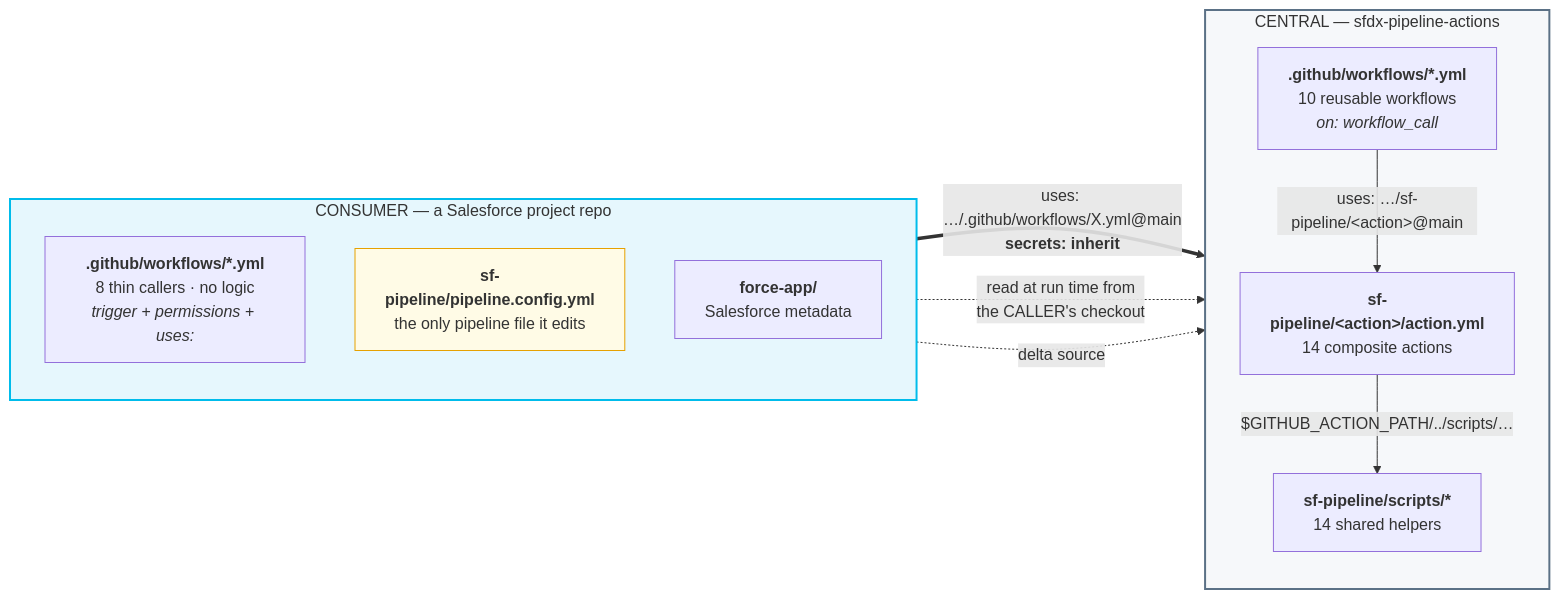
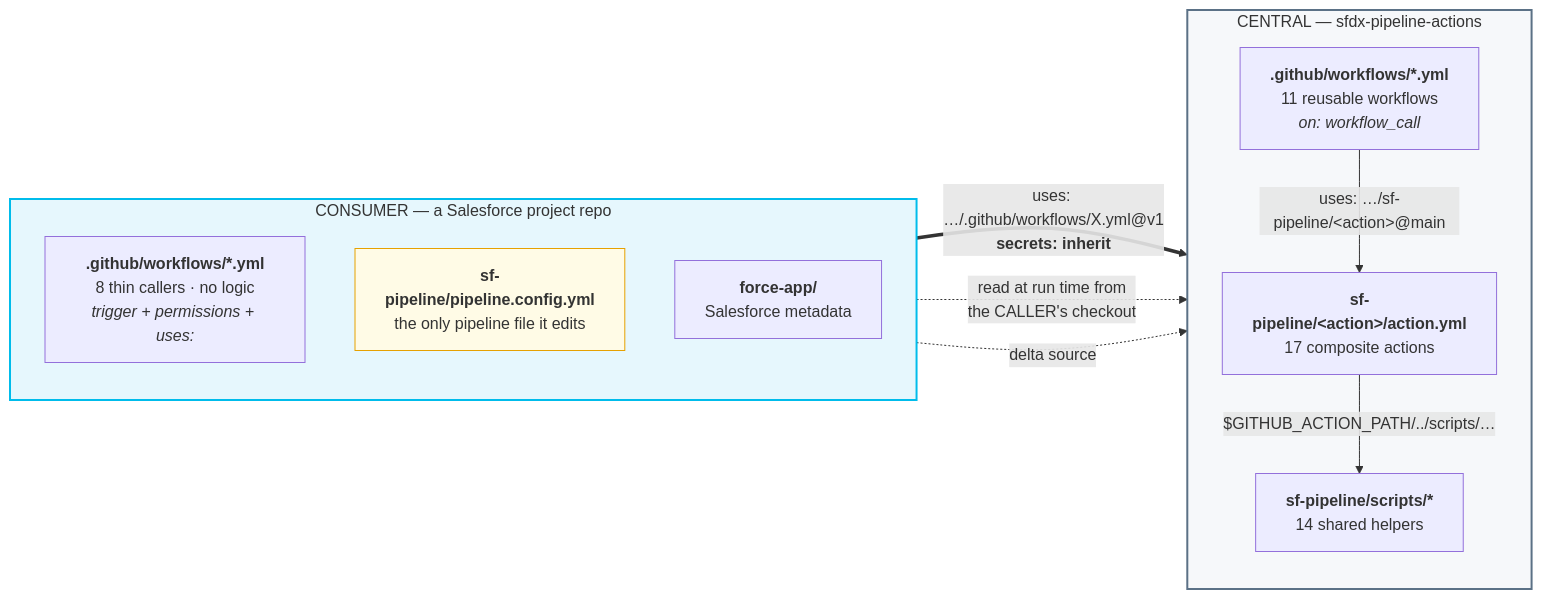
Before and after one commit to muraliseelam/sfdx-pipeline-actions: the first of 10 diagrams in docs/Product_Documentation.md, drawn with Mermaid. The commit also changed other lines of this file and 27 other files, not shown here.

````diff
--- a/docs/Product_Documentation.md
+++ b/docs/Product_Documentation.md
@@ -86,26 +86,26 @@
 ```mermaid
 flowchart LR
     subgraph CONS["CONSUMER — a Salesforce project repo"]
         direction TB
         CW["<b>.github/workflows/*.yml</b><br/>8 thin callers · no logic<br/><i>trigger + permissions + uses:</i>"]
         CFG["<b>sf-pipeline/pipeline.config.yml</b><br/>the only pipeline file it edits"]
         SRC["<b>force-app/</b><br/>Salesforce metadata"]
     end
 
     subgraph CENT["CENTRAL — sfdx-pipeline-actions"]
         direction TB
-        RW["<b>.github/workflows/*.yml</b><br/>10 reusable workflows<br/><i>on: workflow_call</i>"]
-        CA["<b>sf-pipeline/&lt;action&gt;/action.yml</b><br/>14 composite actions"]
+        RW["<b>.github/workflows/*.yml</b><br/>11 reusable workflows<br/><i>on: workflow_call</i>"]
+        CA["<b>sf-pipeline/&lt;action&gt;/action.yml</b><br/>17 composite actions"]
         SC["<b>sf-pipeline/scripts/*</b><br/>14 shared helpers"]
         RW -->|"uses: …/sf-pipeline/&lt;action&gt;@main"| CA
         CA -->|"$GITHUB_ACTION_PATH/../scripts/…"| SC
     end
 
-    CW ==>|"uses: …/.github/workflows/X.yml@main<br/><b>secrets: inherit</b>"| RW
+    CW ==>|"uses: …/.github/workflows/X.yml@v1<br/><b>secrets: inherit</b>"| RW
     CFG -.->|"read at run time from<br/>the CALLER's checkout"| CA
     SRC -.->|"delta source"| CA
 
     style CONS fill:#E6F7FD,stroke:#00BCEB,stroke-width:2px
     style CENT fill:#f6f8fa,stroke:#5B7186,stroke-width:2px
     style CFG fill:#fffbe6,stroke:#e6a100
 ```
````
